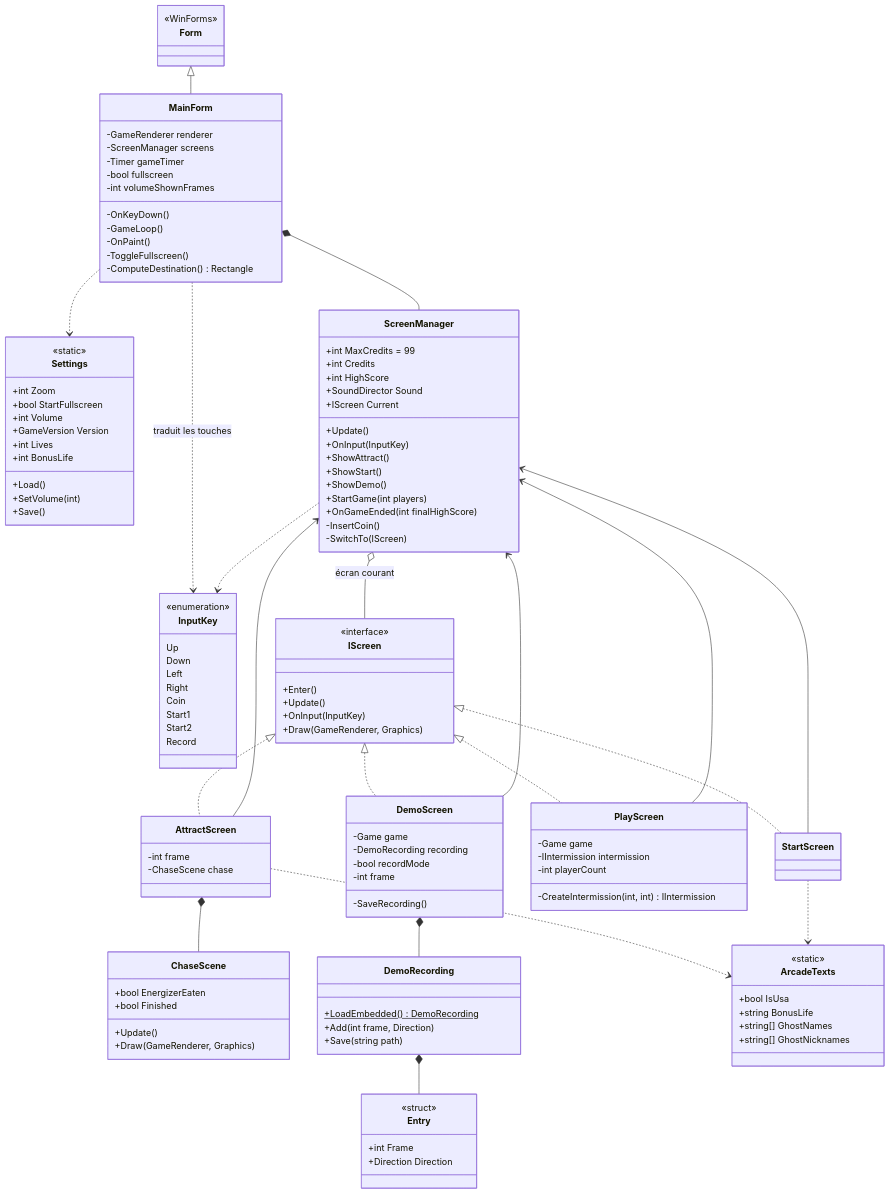
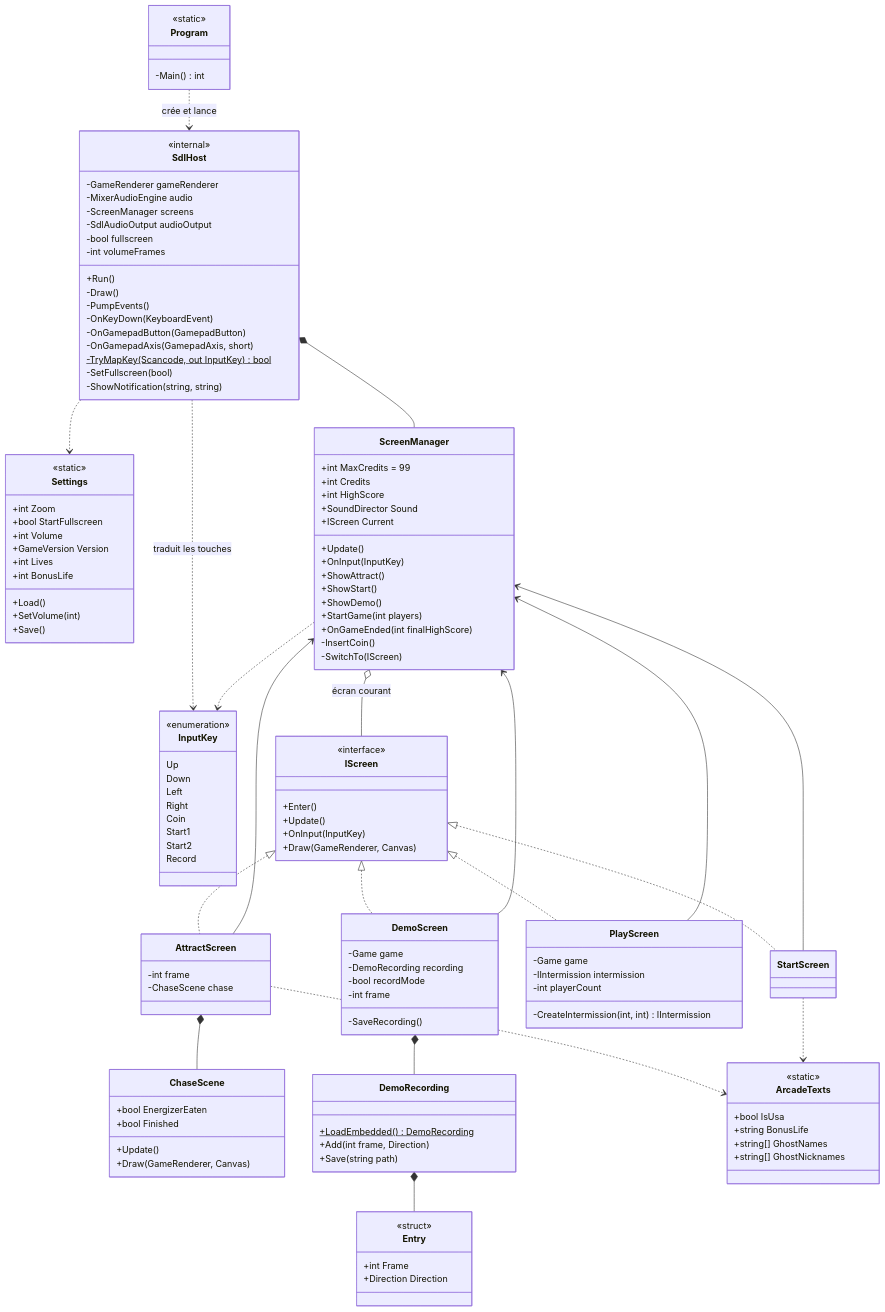
Before and after one commit to Telev78/pacman: the second of 18 diagrams in docs/Pacman_UML_et_etats.md, drawn with Mermaid. The commit also changed other lines of this file and 36 other files, not shown here.

````diff
--- a/docs/Pacman_UML_et_etats.md
+++ b/docs/Pacman_UML_et_etats.md
@@ -89,20 +105,27 @@
 ```mermaid
 classDiagram
   direction TB
-  class Form {
-    <<WinForms>>
+  class Program {
+    <<static>>
+    -Main() int
   }
-  class MainForm {
-    -GameRenderer renderer
+  class SdlHost {
+    <<internal>>
+    -GameRenderer gameRenderer
+    -MixerAudioEngine audio
     -ScreenManager screens
-    -Timer gameTimer
+    -SdlAudioOutput audioOutput
     -bool fullscreen
-    -int volumeShownFrames
-    -OnKeyDown()
-    -GameLoop()
-    -OnPaint()
-    -ToggleFullscreen()
-    -ComputeDestination() Rectangle
+    -int volumeFrames
+    +Run()
+    -Draw()
+    -PumpEvents()
+    -OnKeyDown(KeyboardEvent)
+    -OnGamepadButton(GamepadButton)
+    -OnGamepadAxis(GamepadAxis, short)
+    -TryMapKey(Scancode, out InputKey)$ bool
+    -SetFullscreen(bool)
+    -ShowNotification(string, string)
   }
   class Settings {
     <<static>>
@@ -132,7 +155,7 @@
     +Enter()
     +Update()
     +OnInput(InputKey)
-    +Draw(GameRenderer, Graphics)
+    +Draw(GameRenderer, Canvas)
   }
   class ScreenManager {
     +int MaxCredits = 99
@@ -172,7 +195,7 @@
     +bool EnergizerEaten
     +bool Finished
     +Update()
-    +Draw(GameRenderer, Graphics)
+    +Draw(GameRenderer, Canvas)
   }
   class DemoRecording {
     +LoadEmbedded()$ DemoRecording
@@ -192,10 +215,10 @@
     +string[] GhostNicknames
   }
 
-  Form <|-- MainForm
-  MainForm *-- ScreenManager
-  MainForm ..> InputKey : traduit les touches
-  MainForm ..> Settings
+  Program ..> SdlHost : crée et lance
+  SdlHost *-- ScreenManager
+  SdlHost ..> InputKey : traduit les touches
+  SdlHost ..> Settings
   IScreen <|.. AttractScreen
   IScreen <|.. StartScreen
   IScreen <|.. PlayScreen
````
